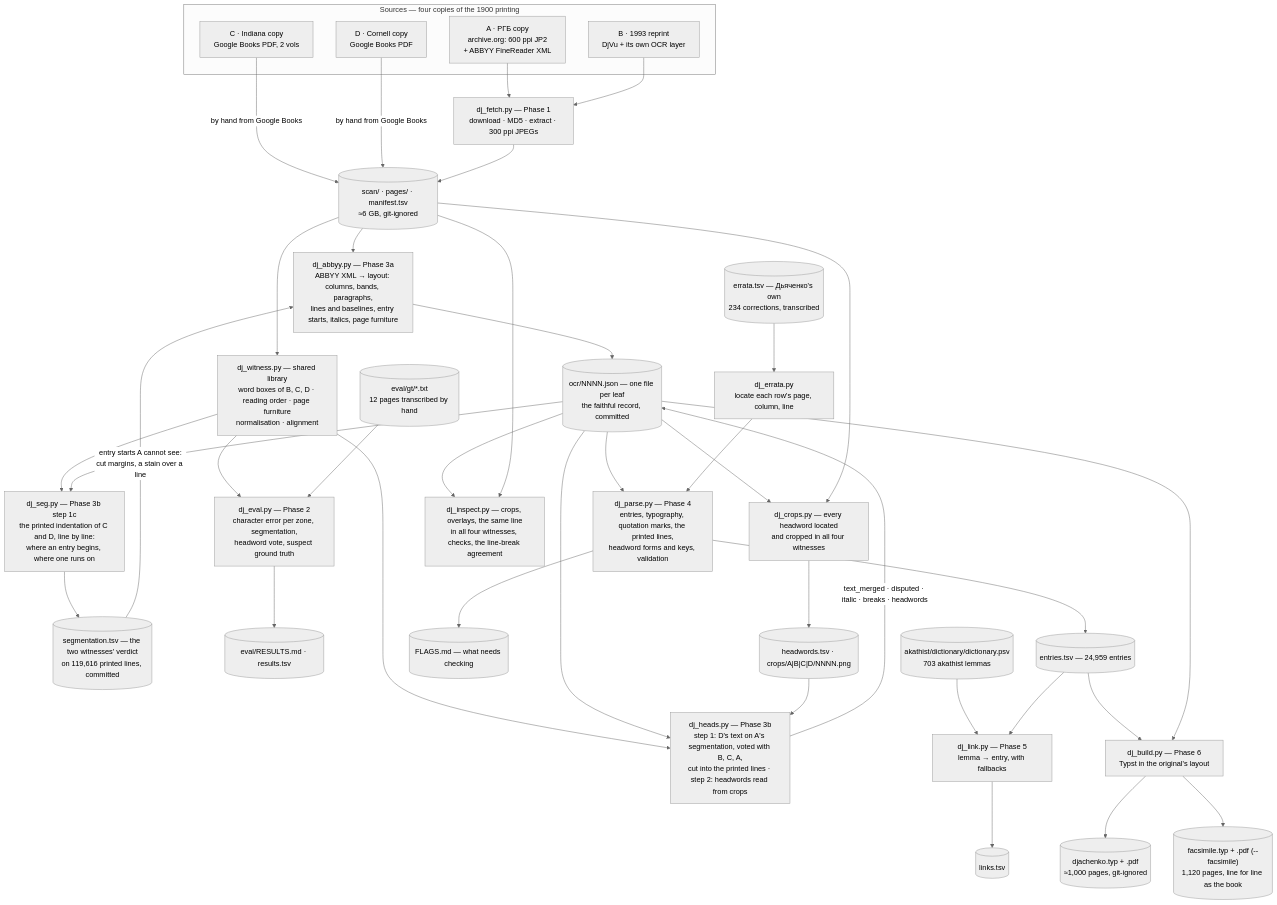
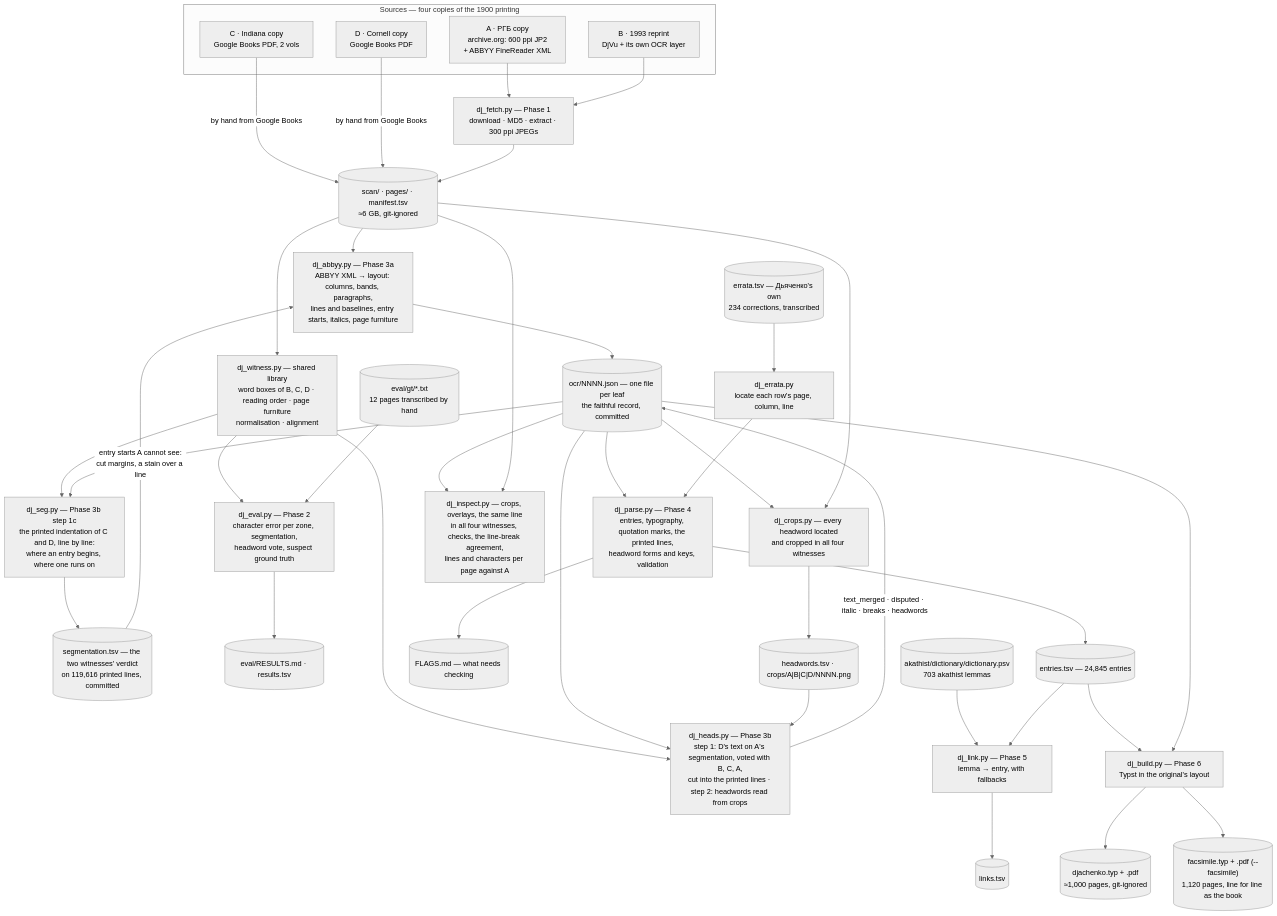
Before and after one commit to pancakescrawlspace/akafist: the diagram in README.md, drawn with Mermaid (neutral theme). The commit also changed other lines of this file and 1133 other files, not shown here.

````diff
--- a/README.md
+++ b/README.md
@@ -181,56 +181,56 @@
 ```mermaid
 flowchart TD
     subgraph SRC["Sources — four copies of the 1900 printing"]
         WA["A · РГБ copy<br/>archive.org: 600 ppi JP2<br/>+ ABBYY FineReader XML"]
         WB["B · 1993 reprint<br/>DjVu + its own OCR layer"]
         WC["C · Indiana copy<br/>Google Books PDF, 2 vols"]
         WD["D · Cornell copy<br/>Google Books PDF"]
     end
 
     WA --> FETCH["dj_fetch.py — Phase 1<br/>download · MD5 · extract · 300 ppi JPEGs"]
     WB --> FETCH
     WC -- "by hand from Google Books" --> SCAN
     WD -- "by hand from Google Books" --> SCAN
     FETCH --> SCAN[("scan/ · pages/ · manifest.tsv<br/>≈6 GB, git-ignored")]
 
     SCAN --> ABBYY["dj_abbyy.py — Phase 3a<br/>ABBYY XML → layout: columns, bands, paragraphs,<br/>lines and baselines, entry starts, italics, page furniture"]
     ABBYY --> OCRJ[("ocr/NNNN.json — one file per leaf<br/>the faithful record, committed")]
 
     SCAN --> WITLIB["dj_witness.py — shared library<br/>word boxes of B, C, D · reading order · page furniture<br/>normalisation · alignment"]
 
     WITLIB --> HEADS["dj_heads.py — Phase 3b<br/>step 1: D's text on A's segmentation, voted with B, C, A,<br/>cut into the printed lines · step 2: headwords read from crops"]
     OCRJ --> HEADS
     HEADS -- "text_merged · disputed · italic · breaks · headwords" --> OCRJ
 
     WITLIB --> SEG["dj_seg.py — Phase 3b step 1c<br/>the printed indentation of C and D, line by line:<br/>where an entry begins, where one runs on"]
     OCRJ --> SEG
     SEG --> SEGF[("segmentation.tsv — the two witnesses' verdict<br/>on 119,616 printed lines, committed")]
     SEGF -- "entry starts A cannot see:<br/>cut margins, a stain over a line" --> ABBYY
 
     WITLIB --> EVAL["dj_eval.py — Phase 2<br/>character error per zone, segmentation,<br/>headword vote, suspect ground truth"]
     GT[("eval/gt/*.txt<br/>12 pages transcribed by hand")] --> EVAL
     EVAL --> RES[("eval/RESULTS.md · results.tsv")]
 
     OCRJ --> PARSE["dj_parse.py — Phase 4<br/>entries, typography, quotation marks, the printed lines,<br/>headword forms and keys, validation"]
     ERR[("errata.tsv — Дьяченко's own<br/>234 corrections, transcribed")] --> ERRATA["dj_errata.py<br/>locate each row's page, column, line"]
     ERRATA --> PARSE
-    PARSE --> ENT[("entries.tsv — 24,959 entries")]
+    PARSE --> ENT[("entries.tsv — 24,845 entries")]
     PARSE --> FLG[("FLAGS.md — what needs checking")]
 
     PSV[("akathist/dictionary/dictionary.psv<br/>703 akathist lemmas")] --> LINK["dj_link.py — Phase 5<br/>lemma → entry, with fallbacks"]
     ENT --> LINK
     LINK --> LNK[("links.tsv")]
 
     ENT --> BUILD["dj_build.py — Phase 6<br/>Typst in the original's layout"]
     BUILD --> PDF[("djachenko.typ + .pdf<br/>≈1,000 pages, git-ignored")]
     OCRJ --> BUILD
     BUILD --> FAC[("facsimile.typ + .pdf (--facsimile)<br/>1,120 pages, line for line as the book")]
 
     OCRJ --> CROPS["dj_crops.py — every headword located<br/>and cropped in all four witnesses"]
     SCAN --> CROPS
     CROPS --> HW[("headwords.tsv · crops/A|B|C|D/NNNN.png")]
     HW --> HEADS
 
-    OCRJ --> INSP["dj_inspect.py — crops, overlays, the same line<br/>in all four witnesses, checks, the line-break agreement"]
+    OCRJ --> INSP["dj_inspect.py — crops, overlays, the same line<br/>in all four witnesses, checks, the line-break agreement,<br/>lines and characters per page against A"]
     SCAN --> INSP
 ```
````
